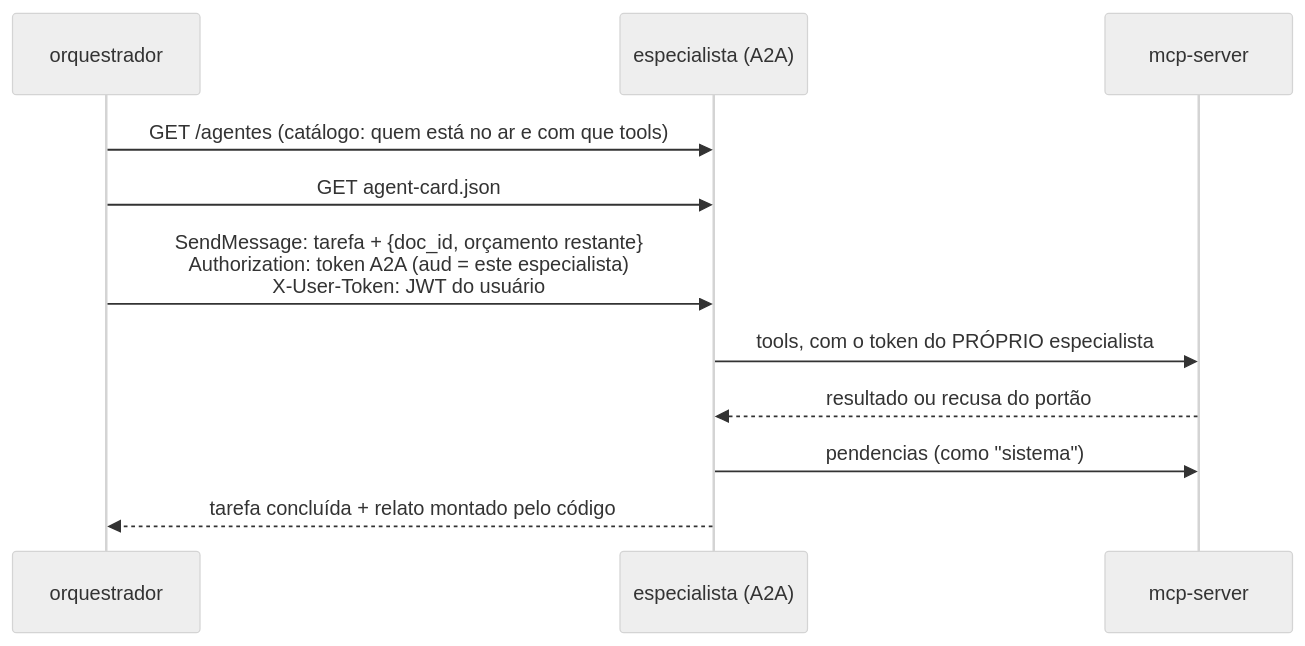
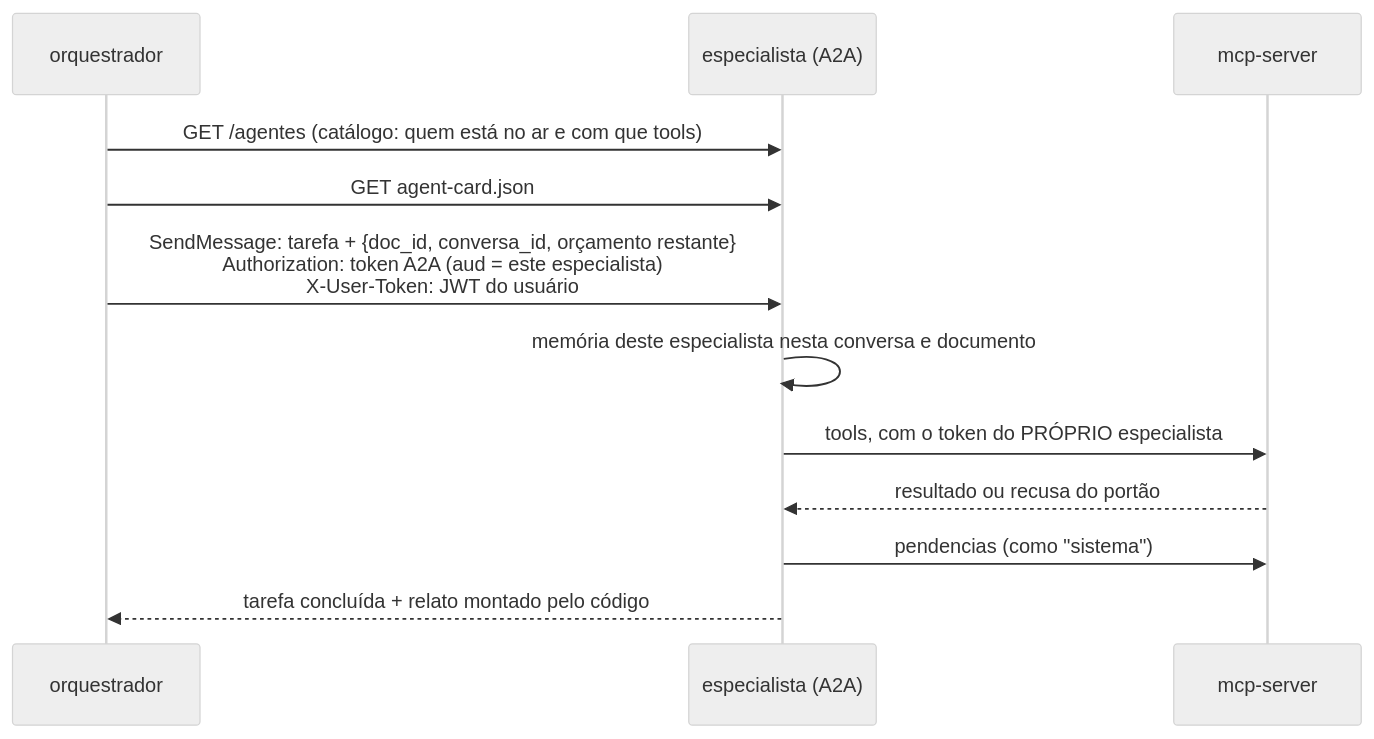
Before and after one commit to proscholdt/MultAgent_AnaliseDocumental: the second of 2 diagrams in agents/README.md, drawn with Mermaid (neutral theme). The commit also changed other lines of this file and 35 other files, not shown here.

````diff
--- a/agents/README.md
+++ b/agents/README.md
@@ -171,13 +185,14 @@
 ```mermaid
 sequenceDiagram
     participant O as orquestrador
     participant E as especialista (A2A)
     participant M as mcp-server
     O->>E: GET /agentes (catálogo: quem está no ar e com que tools)
     O->>E: GET agent-card.json
-    O->>E: SendMessage: tarefa + {doc_id, orçamento restante}<br/>Authorization: token A2A (aud = este especialista)<br/>X-User-Token: JWT do usuário
+    O->>E: SendMessage: tarefa + {doc_id, conversa_id, orçamento restante}<br/>Authorization: token A2A (aud = este especialista)<br/>X-User-Token: JWT do usuário
+    E->>E: memória deste especialista nesta conversa e documento
     E->>M: tools, com o token do PRÓPRIO especialista
     M-->>E: resultado ou recusa do portão
     E->>M: pendencias (como "sistema")
     E-->>O: tarefa concluída + relato montado pelo código
 ```
````
